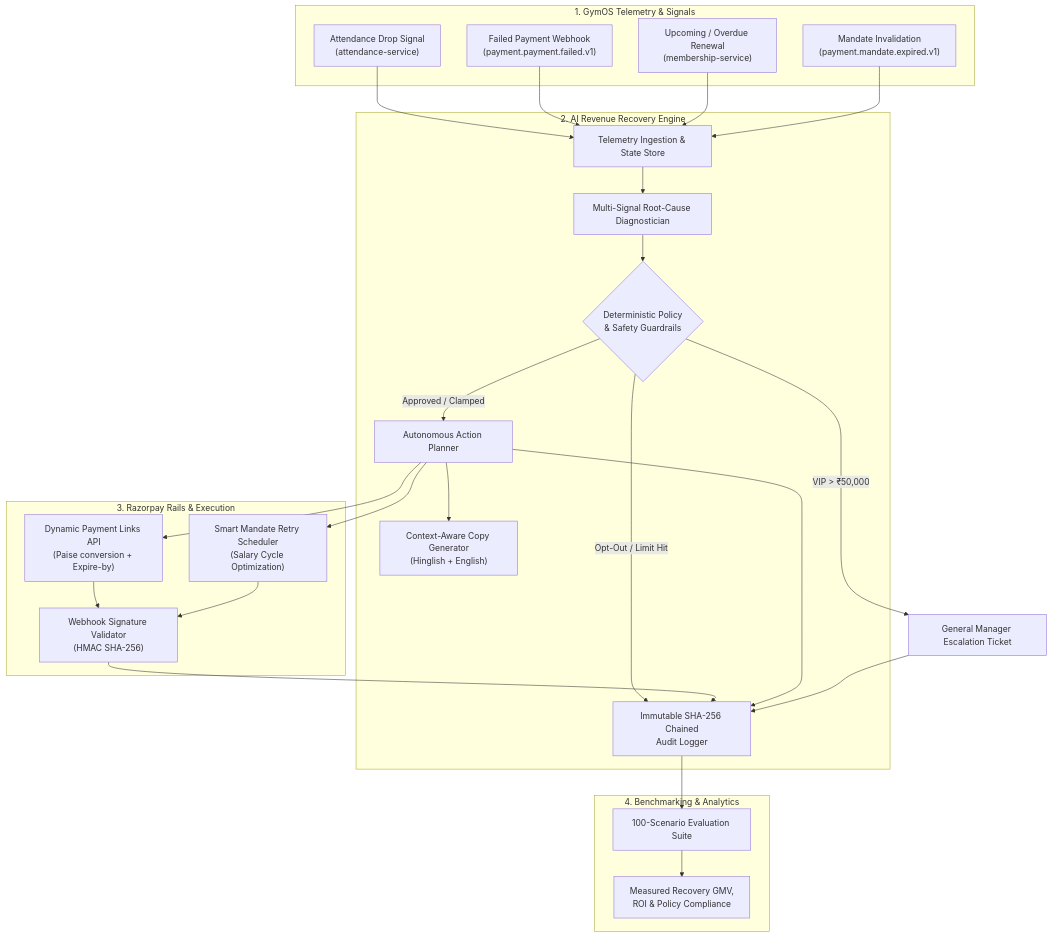
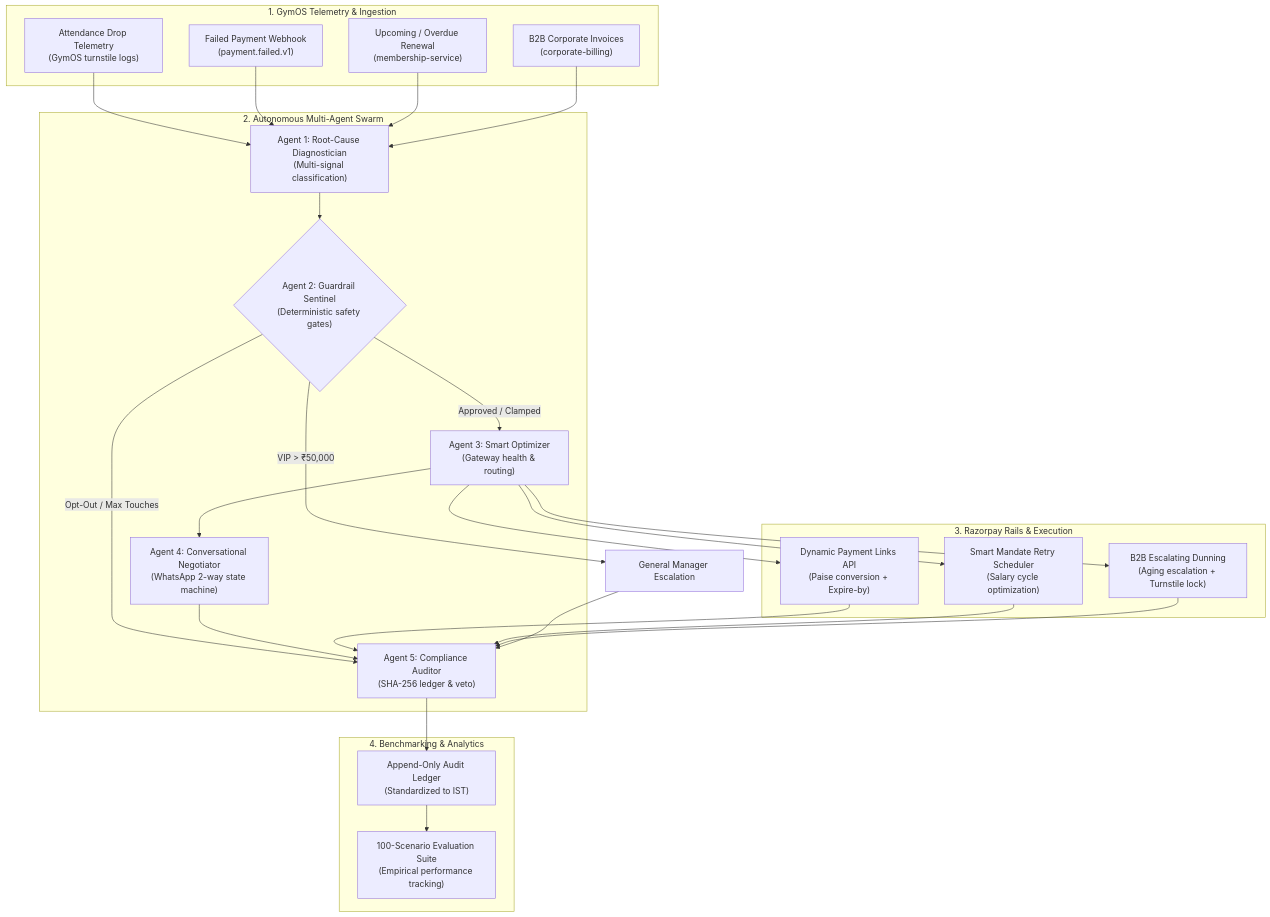
The diagram in ARCHITECTURE.md (shubham-191/gymOS-ai-revenue-recovery-agent), drawn with Mermaid before and after one commit. The commit also changed other lines of this file and 2 other files, not shown here.

Commit message:
docs: finalize enterprise documentation, 5-agent swarm specs, and submission pitch guide

````diff
--- a/ARCHITECTURE.md
+++ b/ARCHITECTURE.md
@@ -17,59 +22,53 @@
 ```mermaid
 flowchart TD
-    subgraph S1["1. GymOS Telemetry & Signals"]
-        A1["Attendance Drop Signal\n(attendance-service)"]
-        A2["Failed Payment Webhook\n(payment.payment.failed.v1)"]
+    subgraph S1["1. GymOS Telemetry & Ingestion"]
+        A1["Attendance Drop Telemetry\n(GymOS turnstile logs)"]
+        A2["Failed Payment Webhook\n(payment.failed.v1)"]
         A3["Upcoming / Overdue Renewal\n(membership-service)"]
-        A4["Mandate Invalidation\n(payment.mandate.expired.v1)"]
+        A4["B2B Corporate Invoices\n(corporate-billing)"]
     end
 
-    subgraph S2["2. AI Revenue Recovery Engine"]
-        INGEST["Telemetry Ingestion & State Store"]
-        DIAG["Multi-Signal Root-Cause Diagnostician"]
-        
-        GUARD{"Deterministic Policy\n& Safety Guardrails"}
-        
-        ORCH["Autonomous Action Planner"]
-        COPY["Context-Aware Copy Generator\n(Hinglish + English)"]
-        
-        AUDIT["Immutable SHA-256 Chained\nAudit Logger"]
+    subgraph S2["2. Autonomous Multi-Agent Swarm"]
+        DIAG["Agent 1: Root-Cause Diagnostician\n(Multi-signal classification)"]
+        GUARD{"Agent 2: Guardrail Sentinel\n(Deterministic safety gates)"}
+        ROUTER["Agent 3: Smart Optimizer\n(Gateway health & routing)"]
+        CONV["Agent 4: Conversational Negotiator\n(WhatsApp 2-way state machine)"]
+        AUDIT["Agent 5: Compliance Auditor\n(SHA-256 ledger & veto)"]
     end
 
     subgraph S3["3. Razorpay Rails & Execution"]
         RZP_PLINK["Dynamic Payment Links API\n(Paise conversion + Expire-by)"]
-        RZP_RETRY["Smart Mandate Retry Scheduler\n(Salary Cycle Optimization)"]
-        RZP_HOOK["Webhook Signature Validator\n(HMAC SHA-256)"]
+        RZP_RETRY["Smart Mandate Retry Scheduler\n(Salary cycle optimization)"]
+        RZP_B2B["B2B Escalating Dunning\n(Aging escalation + Turnstile lock)"]
     end
 
     subgraph S4["4. Benchmarking & Analytics"]
-        BENCH["100-Scenario Evaluation Suite"]
-        METRICS["Measured Recovery GMV,\nROI & Policy Compliance"]
+        BENCH["100-Scenario Evaluation Suite\n(Empirical performance tracking)"]
+        LEDGER["Append-Only Audit Ledger\n(Standardized to IST)"]
     end
 
-    %% Flow connections
-    A1 --> INGEST
-    A2 --> INGEST
-    A3 --> INGEST
-    A4 --> INGEST
+    A1 --> DIAG
+    A2 --> DIAG
+    A3 --> DIAG
+    A4 --> DIAG
 
-    INGEST --> DIAG
     DIAG --> GUARD
 
-    GUARD -->|"Approved / Clamped"| ORCH
-    GUARD -->|"Opt-Out / Limit Hit"| AUDIT
-    GUARD -->|"VIP > ₹50,000"| ESCALATE["General Manager Escalation Ticket"]
+    GUARD -->|"Approved / Clamped"| ROUTER
+    GUARD -->|"VIP > ₹50,000"| ESCALATE["General Manager Escalation"]
+    GUARD -->|"Opt-Out / Max Touches"| AUDIT
 
-    ORCH --> COPY
-    ORCH --> RZP_PLINK
-    ORCH --> RZP_RETRY
+    ROUTER --> CONV
+    ROUTER --> RZP_PLINK
+    ROUTER --> RZP_RETRY
+    ROUTER --> RZP_B2B
 
-    RZP_PLINK --> RZP_HOOK
-    RZP_RETRY --> RZP_HOOK
-
-    RZP_HOOK --> AUDIT
-    ORCH --> AUDIT
+    CONV --> AUDIT
+    RZP_PLINK --> AUDIT
+    RZP_RETRY --> AUDIT
+    RZP_B2B --> AUDIT
     ESCALATE --> AUDIT
 
-    AUDIT --> BENCH
-    BENCH --> METRICS
+    AUDIT --> LEDGER
+    LEDGER --> BENCH
 ```
````
